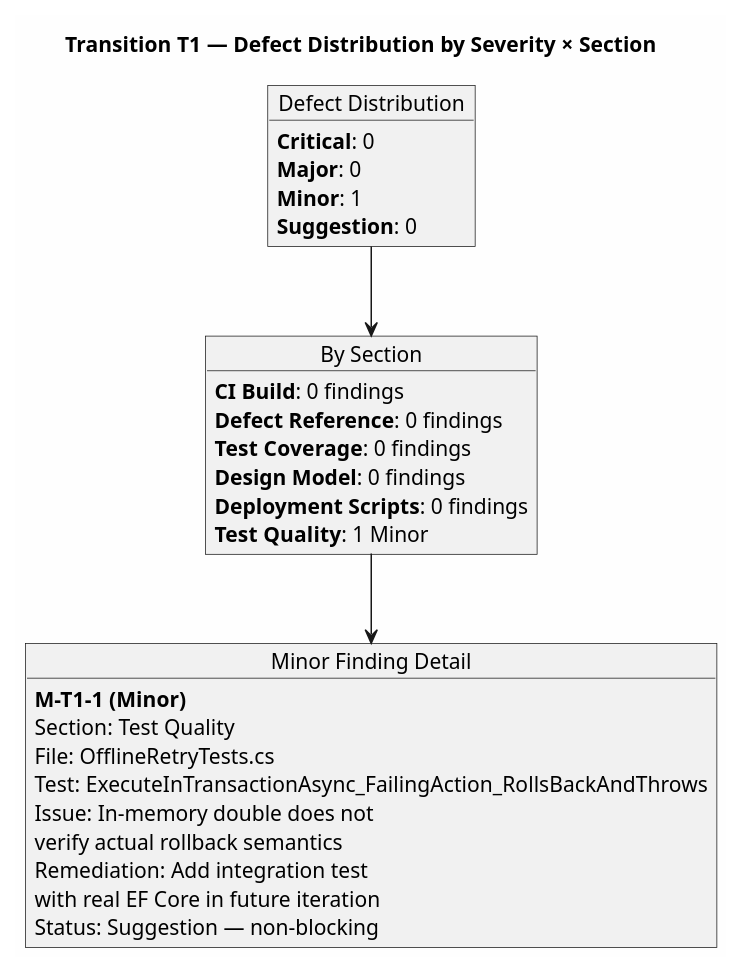
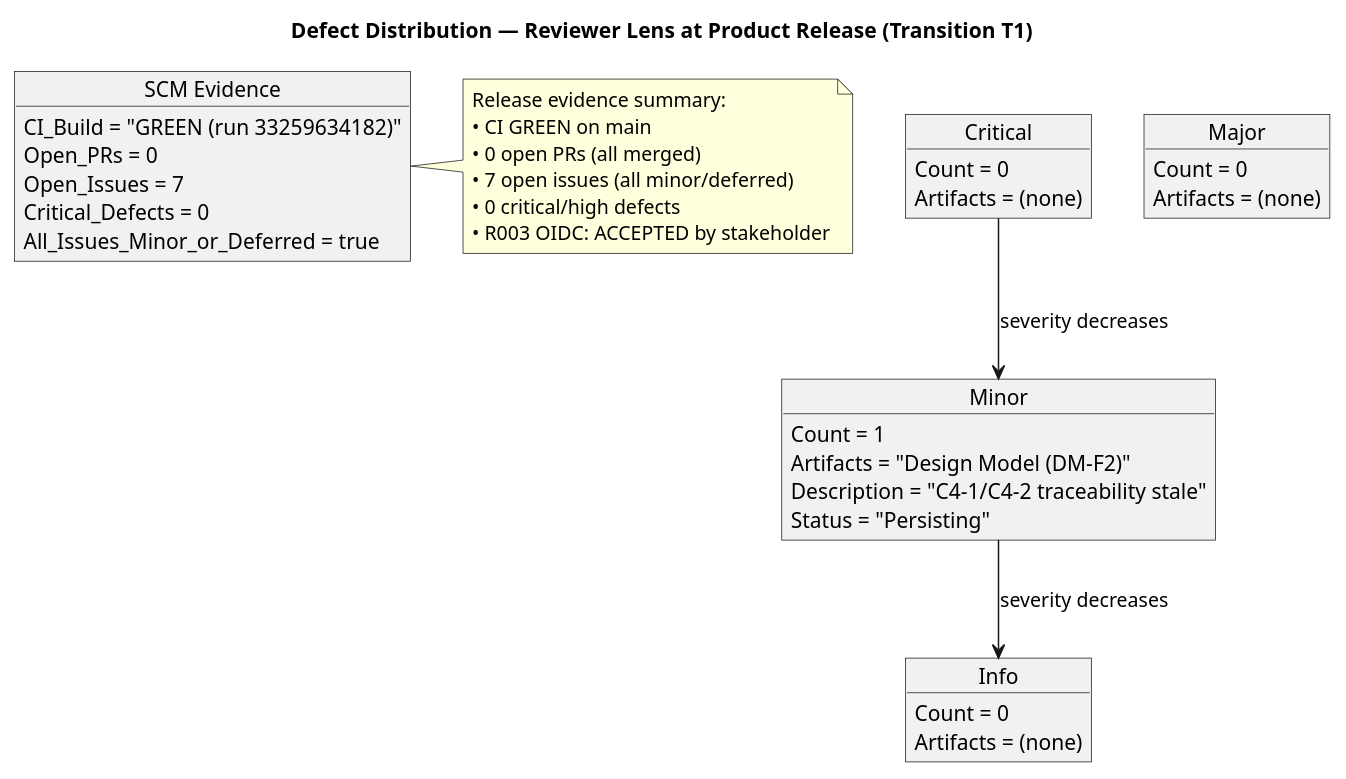
The second of 2 diagrams in docs/artifacts/project-management/review-record.md (banense-test/portal-cuba-corp), drawn with PlantUML before and after one commit. The commit also changed other lines of this file, not shown here.

First line of the commit message:
Reviewer [T1]: upsert Review Record

````diff
--- a/docs/artifacts/project-management/review-record.md
+++ b/docs/artifacts/project-management/review-record.md
@@ -201,40 +221,53 @@
 ```plantuml
-@startuml ReviewRecord_T1_DefectDistribution
-title Transition T1 — Defect Distribution by Severity × Section
+@startuml
+title Defect Distribution — Reviewer Lens at Product Release (Transition T1)
 
-skinparam backgroundColor #FEFEFE
+skinparam classAttributeIconSize 0
+skinparam classBackgroundColor #F0F4FF
+skinparam classBorderColor #336699
 skinparam shadowing false
 
-object "Defect Distribution" as DD {
-  **Critical**: 0
-  **Major**: 0
-  **Minor**: 1
-  **Suggestion**: 0
+object "Critical" as CRIT {
+  Count = 0
+  Artifacts = (none)
 }
 
-object "By Section" as BS {
-  **CI Build**: 0 findings
-  **Defect Reference**: 0 findings
-  **Test Coverage**: 0 findings
-  **Design Model**: 0 findings
-  **Deployment Scripts**: 0 findings
-  **Test Quality**: 1 Minor
+object "Major" as MAJ {
+  Count = 0
+  Artifacts = (none)
 }
 
-object "Minor Finding Detail" as M1 {
-  **M-T1-1 (Minor)**
-  Section: Test Quality
-  File: OfflineRetryTests.cs
-  Test: ExecuteInTransactionAsync_FailingAction_RollsBackAndThrows
-  Issue: In-memory double does not
-    verify actual rollback semantics
-  Remediation: Add integration test
-    with real EF Core in future iteration
-  Status: Suggestion — non-blocking
+object "Minor" as MIN {
+  Count = 1
+  Artifacts = "Design Model (DM-F2)"
+  Description = "C4-1/C4-2 traceability stale"
+  Status = "Persisting"
 }
 
-DD --> BS
-BS --> M1
+object "Info" as INF {
+  Count = 0
+  Artifacts = (none)
+}
+
+object "SCM Evidence" as SCM {
+  CI_Build = "GREEN (run 33259634182)"
+  Open_PRs = 0
+  Open_Issues = 7
+  Critical_Defects = 0
+  All_Issues_Minor_or_Deferred = true
+}
+
+CRIT --> MIN : severity decreases
+MIN --> INF : severity decreases
+
+note right of SCM
+  Release evidence summary:
+  • CI GREEN on main
+  • 0 open PRs (all merged)
+  • 7 open issues (all minor/deferred)
+  • 0 critical/high defects
+  • R003 OIDC: ACCEPTED by stakeholder
+end note
 
 @enduml
 ```
````
